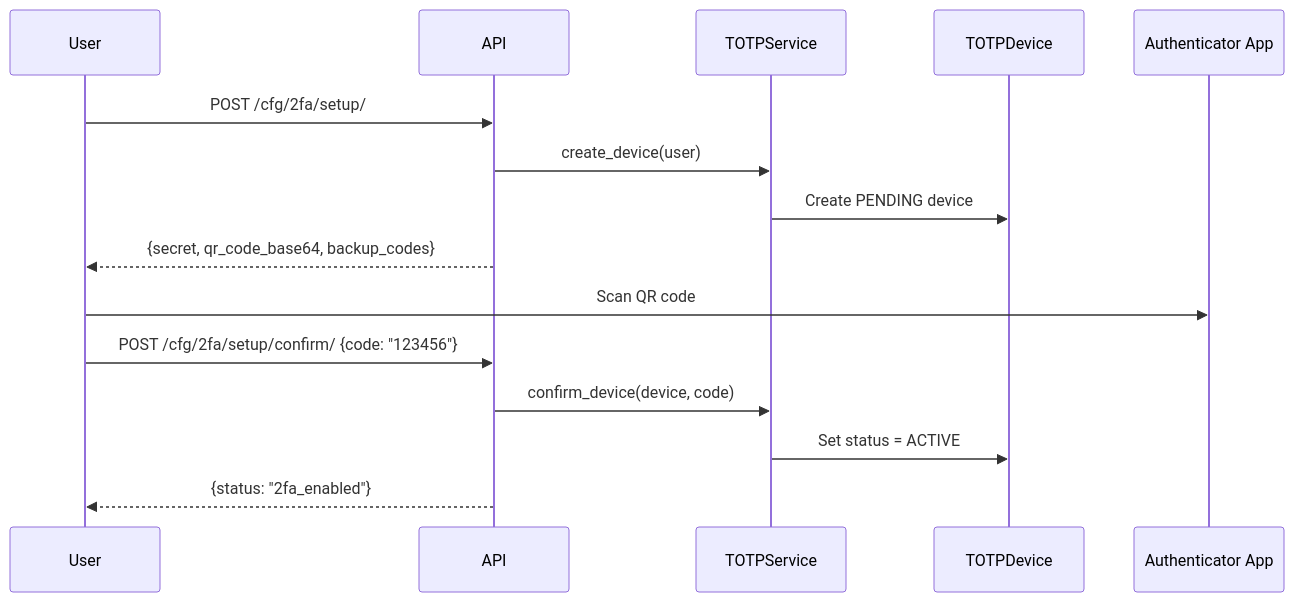
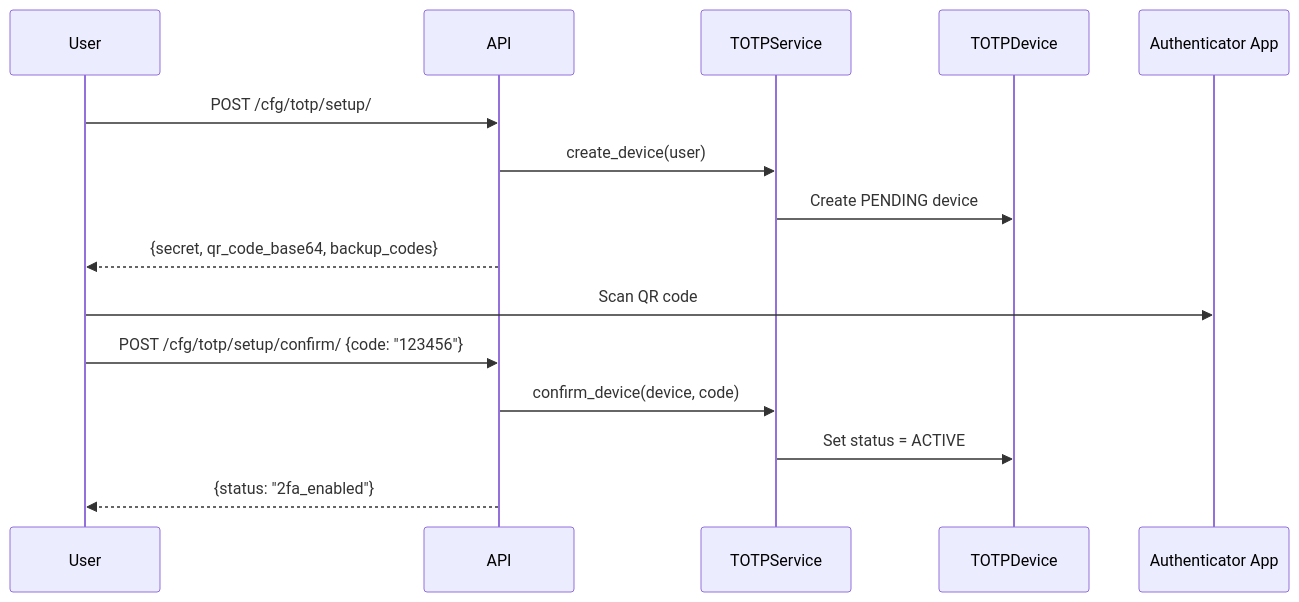
Before and after one commit to markolofsen/django-cfg: the second of 3 diagrams in docs/features/built-in-apps/user-management/accounts/two-factor.mdx, drawn with Mermaid. The commit also changed other lines of this file and 594 other files, not shown here.

First line of the commit message:
refactor(django-cfg): restructure authentication flow

````diff
--- a/docs/features/built-in-apps/user-management/accounts/two-factor.mdx
+++ b/docs/features/built-in-apps/user-management/accounts/two-factor.mdx
@@ -79,19 +79,19 @@
 ```mermaid
 sequenceDiagram
     participant U as User
     participant A as API
     participant S as TOTPService
     participant D as TOTPDevice
     participant Auth as Authenticator App
 
-    U->>A: POST /cfg/2fa/setup/
+    U->>A: POST /cfg/totp/setup/
     A->>S: create_device(user)
     S->>D: Create PENDING device
     A-->>U: {secret, qr_code_base64, backup_codes}
 
     U->>Auth: Scan QR code
-    U->>A: POST /cfg/2fa/setup/confirm/ {code: "123456"}
+    U->>A: POST /cfg/totp/setup/confirm/ {code: "123456"}
     A->>S: confirm_device(device, code)
     S->>D: Set status = ACTIVE
     A-->>U: {status: "2fa_enabled"}
 ```
````
